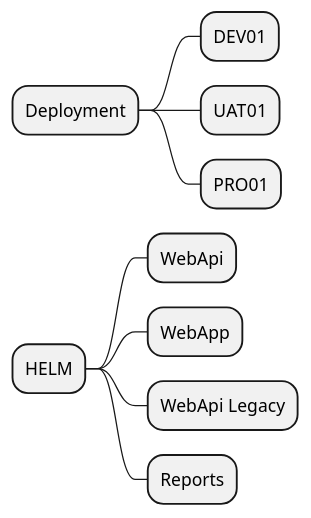
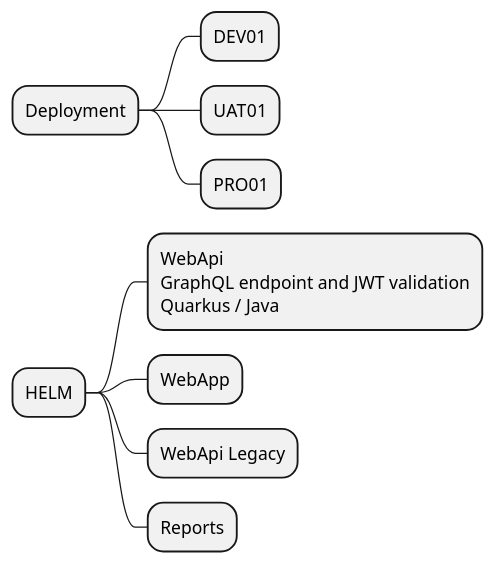
Before and after one commit to onlexnet/sin-net-reports: the diagram in deploy/README.puml, drawn with PlantUML.

Commit message:
Update MindMap

```diff
--- a/deploy/README.puml
+++ b/deploy/README.puml
@@ -1,11 +1,13 @@
 @startmindmap
 * Deployment
 ** DEV01
 ** UAT01
 ** PRO01
 * HELM
-** WebApi
+**:WebApi
+GraphQL endpoint and JWT validation
+Quarkus / Java;
 ** WebApp
 ** WebApi Legacy
 ** Reports
 @endmindmap
```
